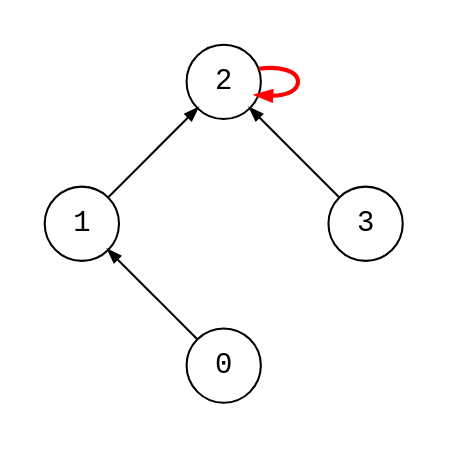
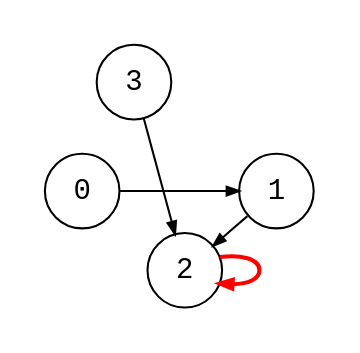
Before and after one commit to bsdrks/graaf-images: the diagram in src/edge_list_self_loop.dot, drawn with Graphviz. The commit also changed 69 other files, not shown here.

```diff
--- a/src/edge_list_self_loop.dot
+++ b/src/edge_list_self_loop.dot
@@ -1,12 +1,15 @@
 digraph {
     node [shape=circle, fontname="monospace"];
     edge [arrowsize=0.6];
-    layout=circo;
+    layout=neato;
+    mode="sgd";
+    normalize=true;
+    maxiter=100000;
     pad=0.2;
 
     0 -> 1;
     1 -> 2;
     3 -> 2;
     3 -> 0 [style=invis];
     2 -> 2 [style=bold, color=red];
 }
```
